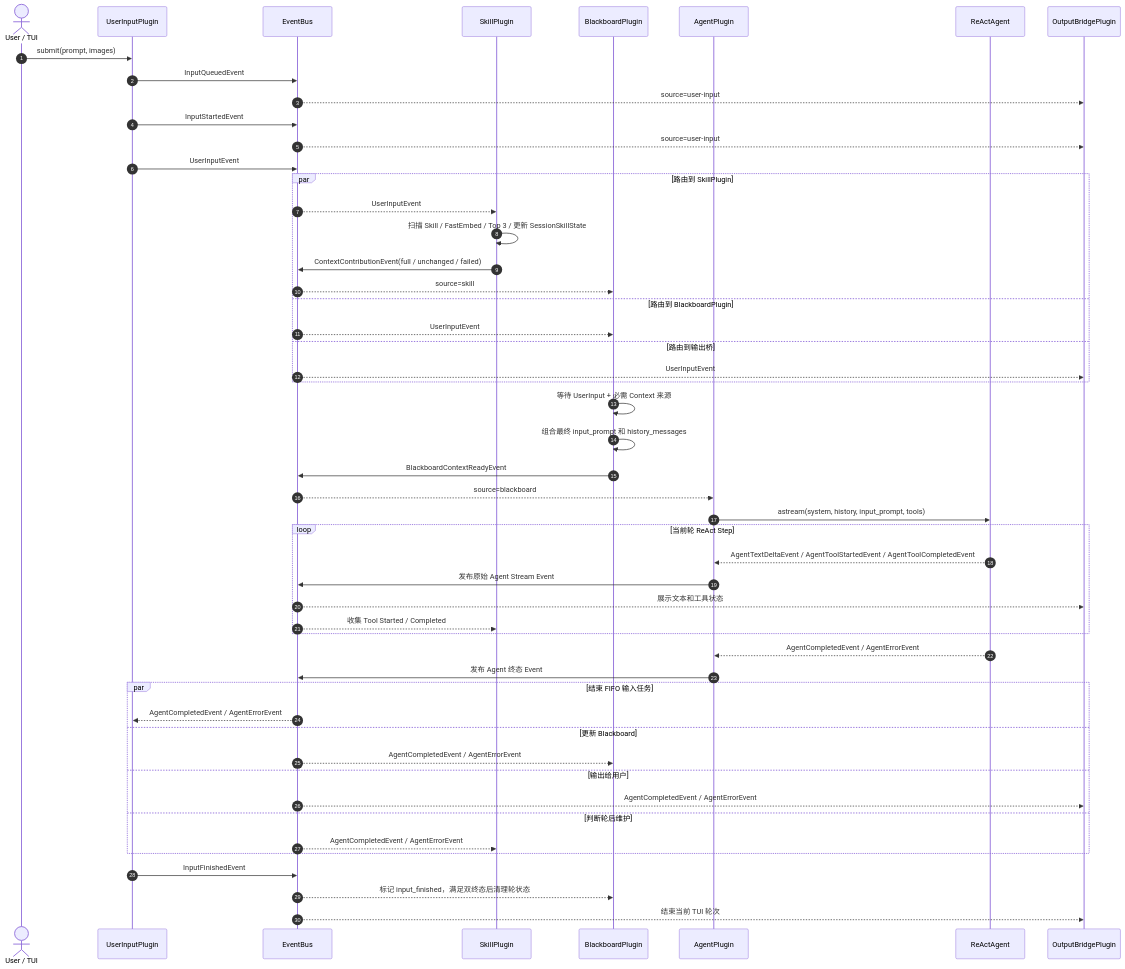
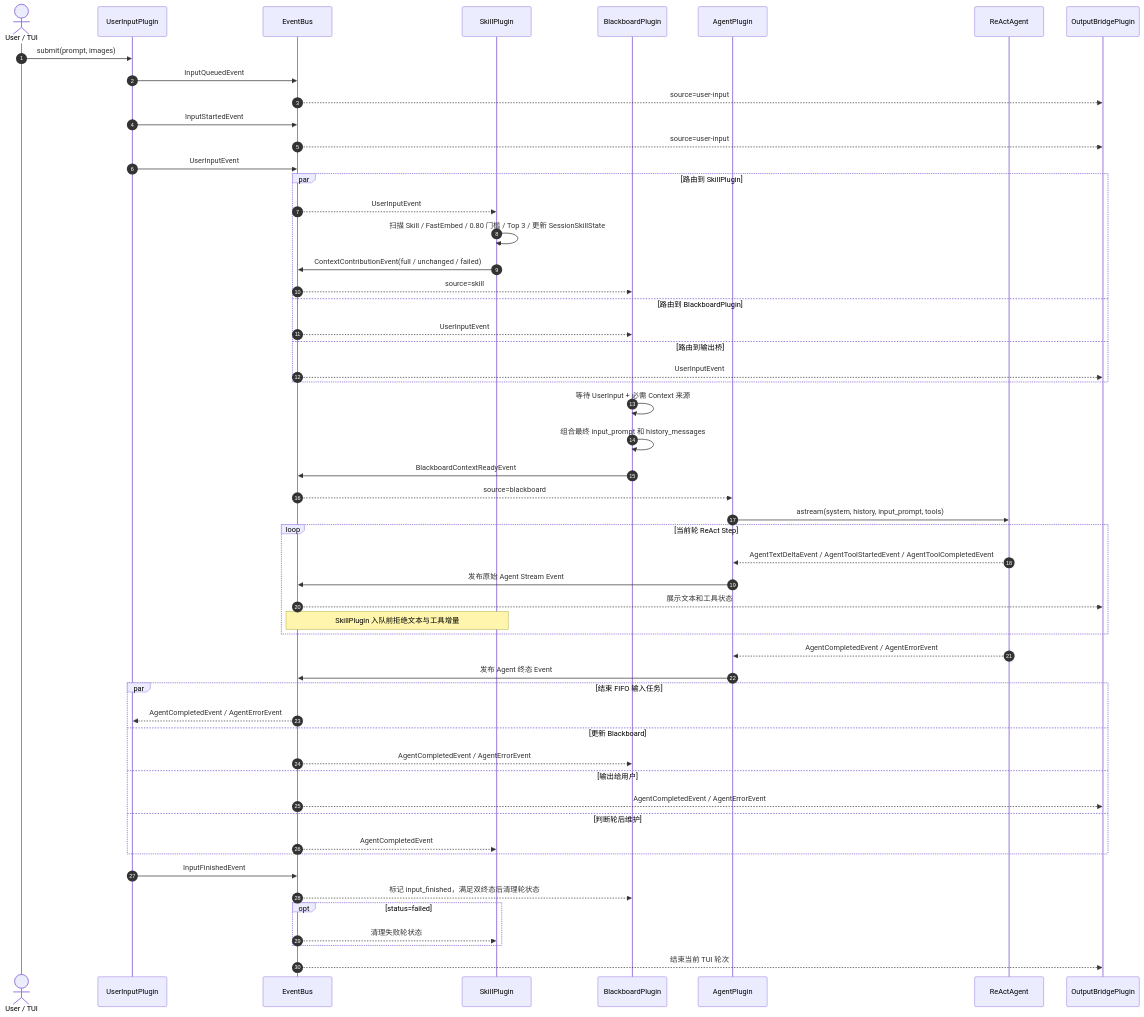
One commit to Removel/Icarus changed the second of 4 diagrams in apps/agent/docs/arch/plugin-event-flow-current-state.md. Above: the diagram before and after it, drawn with Mermaid. The commit also changed other lines of this file and 1 other file, not shown here.

Commit message:
docs(agent): align current skill event flow

````diff
--- a/apps/agent/docs/arch/plugin-event-flow-current-state.md
+++ b/apps/agent/docs/arch/plugin-event-flow-current-state.md
@@ -162,59 +164,62 @@
 ```mermaid
 sequenceDiagram
     autonumber
     actor User as User / TUI
     participant U as UserInputPlugin
     participant Bus as EventBus
     participant S as SkillPlugin
     participant B as BlackboardPlugin
     participant A as AgentPlugin
     participant R as ReActAgent
     participant O as OutputBridgePlugin
 
     User->>U: submit(prompt, images)
     U->>Bus: InputQueuedEvent
     Bus-->>O: source=user-input
 
     U->>Bus: InputStartedEvent
     Bus-->>O: source=user-input
     U->>Bus: UserInputEvent
     par 路由到 SkillPlugin
         Bus-->>S: UserInputEvent
-        S->>S: 扫描 Skill / FastEmbed / Top 3 / 更新 SessionSkillState
+        S->>S: 扫描 Skill / FastEmbed / 0.80 门槛 / Top 3 / 更新 SessionSkillState
         S->>Bus: ContextContributionEvent(full / unchanged / failed)
         Bus-->>B: source=skill
     and 路由到 BlackboardPlugin
         Bus-->>B: UserInputEvent
     and 路由到输出桥
         Bus-->>O: UserInputEvent
     end
 
     B->>B: 等待 UserInput + 必需 Context 来源
     B->>B: 组合最终 input_prompt 和 history_messages
     B->>Bus: BlackboardContextReadyEvent
     Bus-->>A: source=blackboard
     A->>R: astream(system, history, input_prompt, tools)
 
     loop 当前轮 ReAct Step
         R-->>A: AgentTextDeltaEvent / AgentToolStartedEvent / AgentToolCompletedEvent
         A->>Bus: 发布原始 Agent Stream Event
         Bus-->>O: 展示文本和工具状态
-        Bus-->>S: 收集 Tool Started / Completed
+        Note over Bus,S: SkillPlugin 入队前拒绝文本与工具增量
     end
 
     R-->>A: AgentCompletedEvent / AgentErrorEvent
     A->>Bus: 发布 Agent 终态 Event
     par 结束 FIFO 输入任务
         Bus-->>U: AgentCompletedEvent / AgentErrorEvent
     and 更新 Blackboard
         Bus-->>B: AgentCompletedEvent / AgentErrorEvent
     and 输出给用户
         Bus-->>O: AgentCompletedEvent / AgentErrorEvent
     and 判断轮后维护
-        Bus-->>S: AgentCompletedEvent / AgentErrorEvent
+        Bus-->>S: AgentCompletedEvent
     end
 
     U->>Bus: InputFinishedEvent
     Bus-->>B: 标记 input_finished，满足双终态后清理轮状态
+    opt status=failed
+        Bus-->>S: 清理失败轮状态
+    end
     Bus-->>O: 结束当前 TUI 轮次
 ```
````
